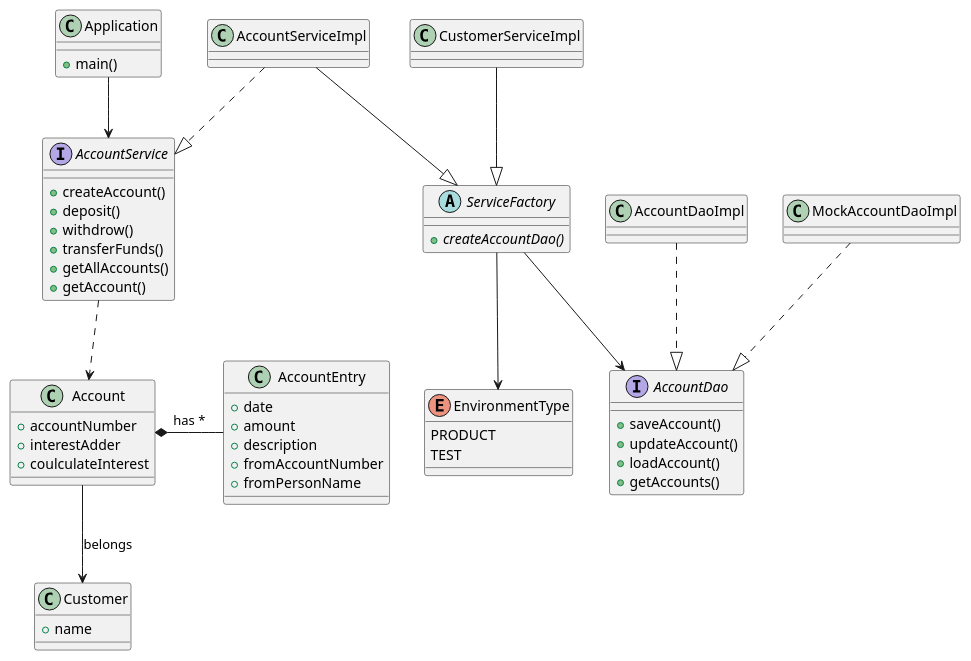
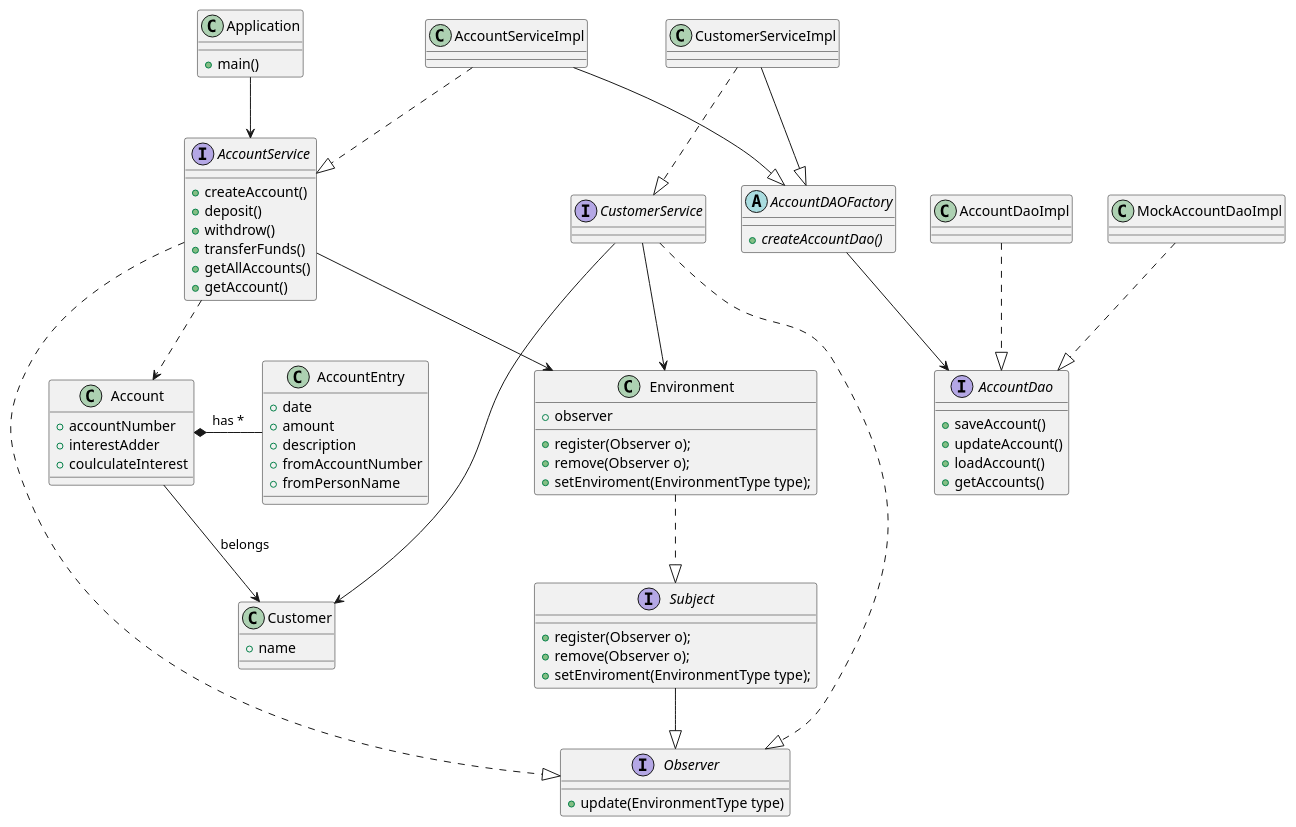
Before and after one commit to kgapparov/ASD: the diagram in src/main/java/edu/mum/cs/cs525/labs/lab4/ClassUML.puml, drawn with PlantUML. The commit also changed 21 other files, not shown here.

Commit message:
image class Diagramm

```diff
--- a/src/main/java/edu/mum/cs/cs525/labs/lab4/ClassUML.puml
+++ b/src/main/java/edu/mum/cs/cs525/labs/lab4/ClassUML.puml
@@ -1,55 +1,76 @@
 @startuml
 class Application{
     +main()
 }
 interface AccountService{
     +createAccount()
     +deposit()
     +withdrow()
     +transferFunds()
     +getAllAccounts()
     +getAccount()
 }
 interface AccountDao{
     +saveAccount()
     +updateAccount()
     +loadAccount()
     +getAccounts()
 }
 class Account{
     +accountNumber
     +interestAdder
     +coulculateInterest
 }
 class Customer {
     +name
 }
 
 class AccountEntry {
     +date
     +amount
     +description
     +fromAccountNumber
     +fromPersonName
 }
-abstract class ServiceFactory {
+abstract class AccountDAOFactory {
     +{abstract}createAccountDao()
 }
-enum EnvironmentType{
-    PRODUCT
-    TEST
+
+interface CustomerService
+
+interface Subject {
+    +register(Observer o);
+    +remove(Observer o);
+    +setEnviroment(EnvironmentType type);
 }
 
-ServiceFactory --> EnvironmentType
+class Environment {
+     +register(Observer o);
+     +remove(Observer o);
+     +setEnviroment(EnvironmentType type);
+     +observer
+}
+interface Observer{
+    +update(EnvironmentType type)
+}
+
+AccountService ..|> Observer
+AccountService --> Environment
+CustomerService --> Environment
+CustomerService ..|> Observer
+Environment ..|> Subject
+Subject --|> Observer
 AccountDaoImpl ..|> AccountDao
 MockAccountDaoImpl ..|> AccountDao
 AccountServiceImpl ..|> AccountService
 Application --> AccountService
 AccountService ..> Account
 Account --> Customer : belongs
 Account *- AccountEntry: has *
-AccountServiceImpl --|> ServiceFactory
-ServiceFactory --> AccountDao
-CustomerServiceImpl --|> ServiceFactory
+AccountServiceImpl --|> AccountDAOFactory
+AccountDAOFactory --> AccountDao
+CustomerServiceImpl ..|> CustomerService
+CustomerService --> Customer
+CustomerServiceImpl --|> AccountDAOFactory
 
 @enduml
```
